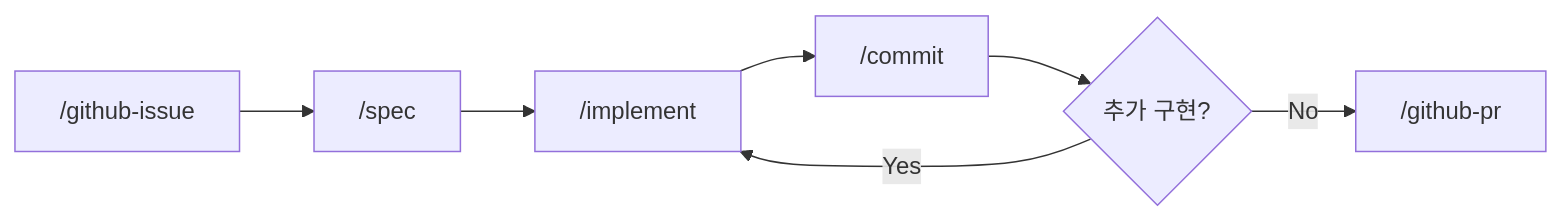
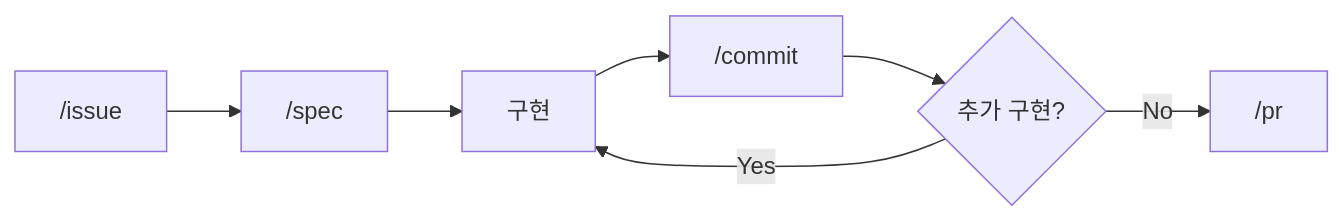
The first of 2 diagrams in README.md (idean3885/claude-ops-agent), drawn with Mermaid before and after one commit. The commit also changed other lines of this file and 4 other files, not shown here.

````diff
--- a/README.md
+++ b/README.md
@@ -18,9 +18,9 @@
 ```mermaid
 graph LR
-    A["/github-issue"] --> B["/spec"]
-    B --> C["/implement"]
+    A["/issue"] --> B["/spec"]
+    B --> C["구현"]
     C --> D["/commit"]
     D --> E{추가 구현?}
     E -->|Yes| C
-    E -->|No| F["/github-pr"]
+    E -->|No| F["/pr"]
 ```
````
